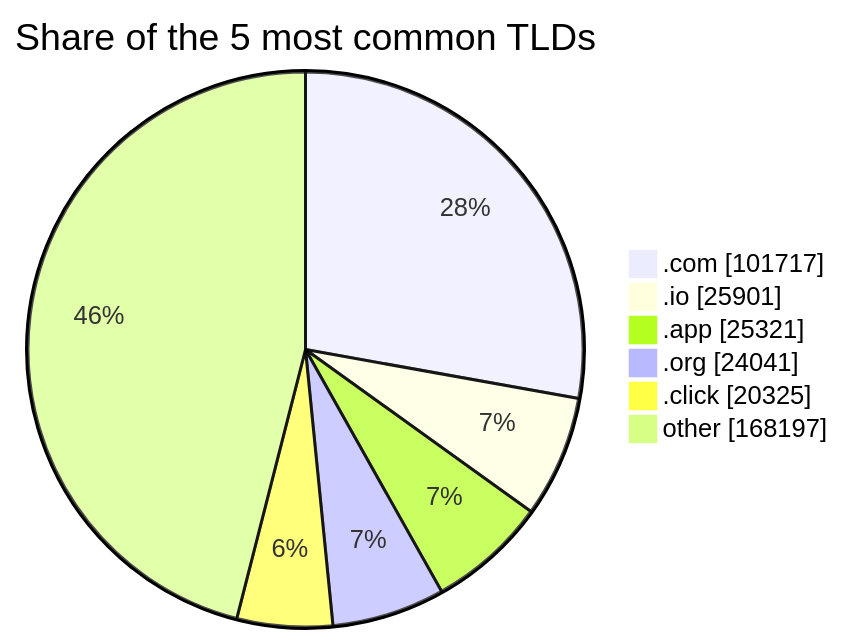
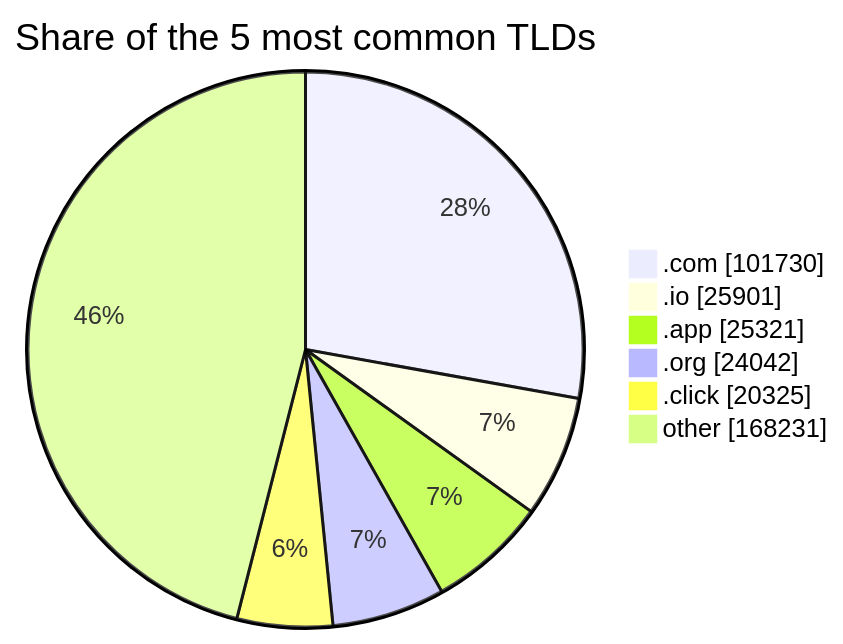
The third of 3 diagrams in README.md (DNSBunker/CTI), drawn with Mermaid before and after one commit. The commit also changed other lines of this file and 3 other files, not shown here.

````diff
--- a/README.md
+++ b/README.md
@@ -81,9 +81,9 @@
 ```mermaid
 pie showData title Share of the 5 most common TLDs
-    ".com" : 101717
+    ".com" : 101730
     ".io" : 25901
     ".app" : 25321
-    ".org" : 24041
+    ".org" : 24042
     ".click" : 20325
-    "other" : 168197
+    "other" : 168231
 ```
````
